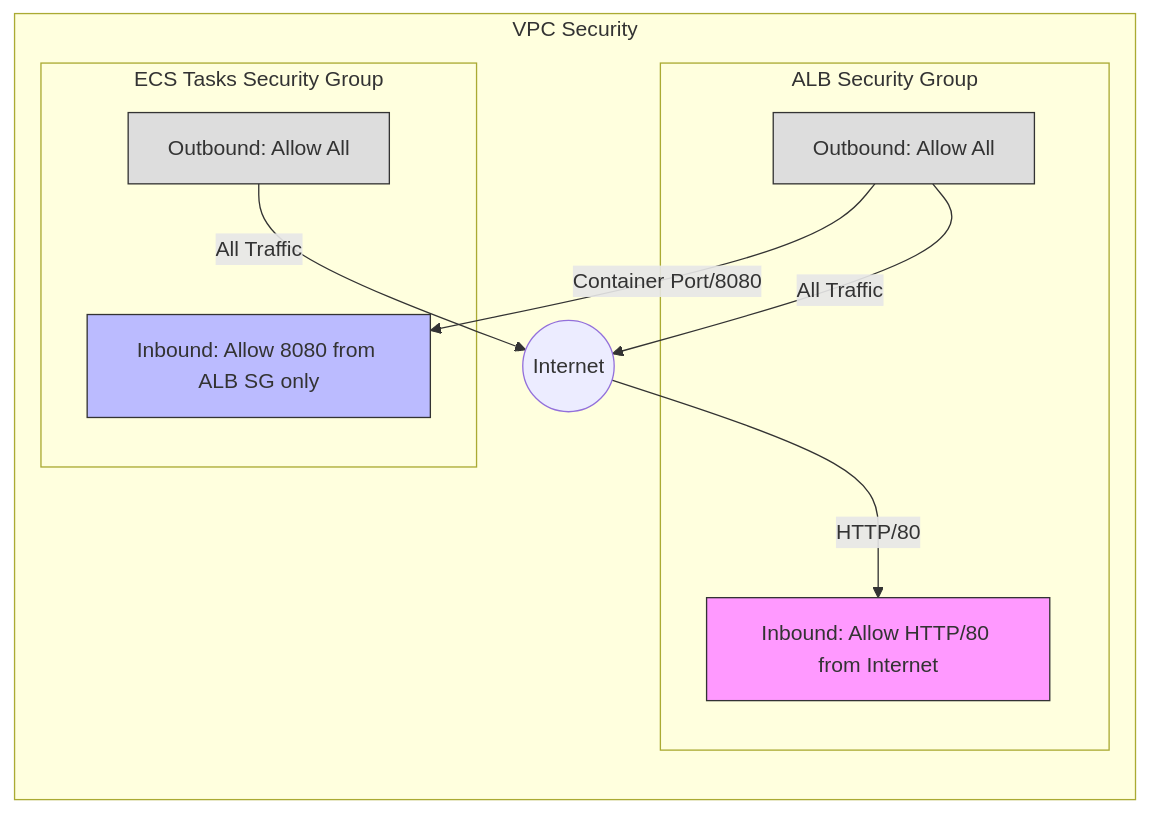
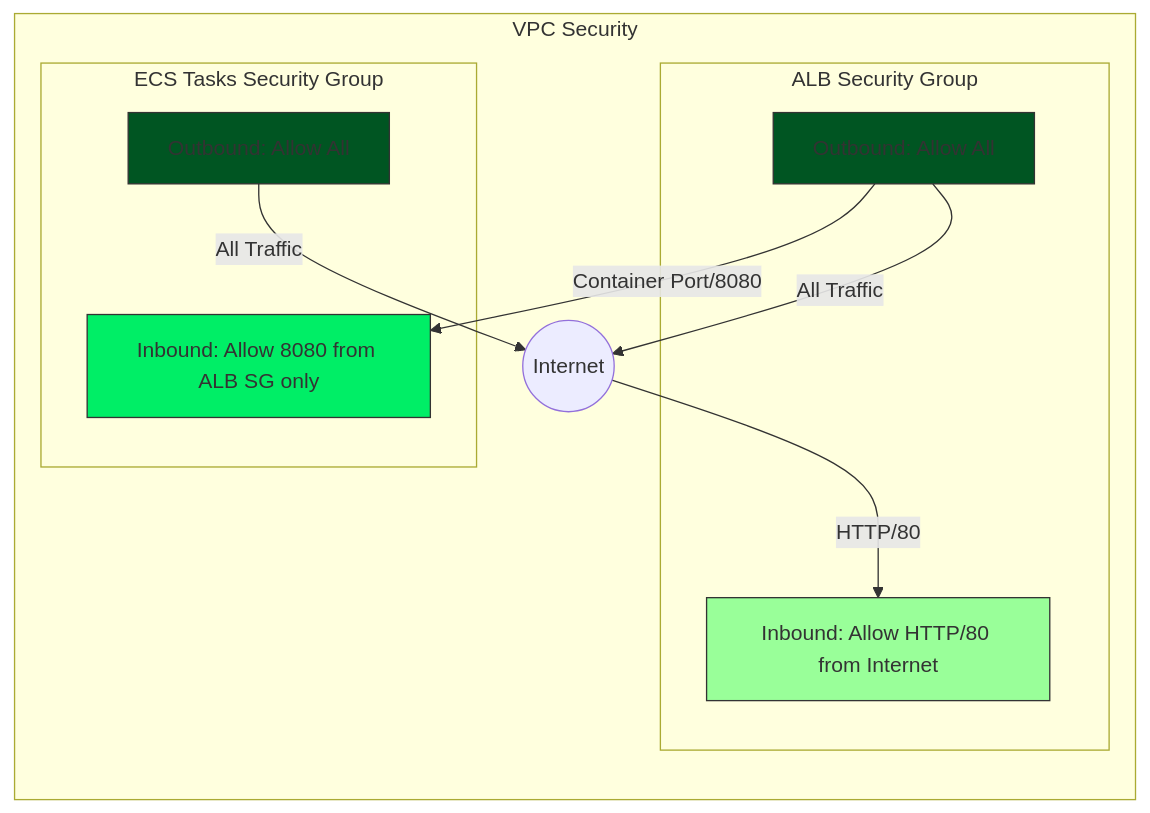
One commit to vvvesss/aws-ecs-asg-alb changed the third of 4 diagrams in README.md. Above: the diagram before and after it, drawn with Mermaid. The commit also changed other lines of this file, not shown here.

Commit message:
better mermaid colors

````diff
--- a/README.md
+++ b/README.md
@@ -101,28 +101,28 @@
 ```mermaid
 flowchart LR
     subgraph "VPC Security"
         direction TB
         
         subgraph "ALB Security Group"
             ALB_IN[Inbound: Allow HTTP/80 from Internet]
             ALB_OUT[Outbound: Allow All]
         end
         
         subgraph "ECS Tasks Security Group"
             ECS_IN[Inbound: Allow 8080 from ALB SG only]
             ECS_OUT[Outbound: Allow All]
         end
         
         Internet((Internet))
         Internet -->|HTTP/80| ALB_IN
         ALB_OUT -->|All Traffic| Internet
         
         ALB_OUT -->|Container Port/8080| ECS_IN
         ECS_OUT -->|All Traffic| Internet
     end
     
-    style ALB_IN fill:#f9f,stroke:#333,stroke-width:1px
-    style ECS_IN fill:#bbf,stroke:#333,stroke-width:1px
-    style ALB_OUT fill:#ddd,stroke:#333,stroke-width:1px
-    style ECS_OUT fill:#ddd,stroke:#333,stroke-width:1px
+    style ALB_IN fill:#9f9,stroke:#333,stroke-width:1px
+    style ECS_IN fill:#0e6,stroke:#333,stroke-width:1px
+    style ALB_OUT fill:#052,stroke:#333,stroke-width:1px
+    style ECS_OUT fill:#052,stroke:#333,stroke-width:1px
 ```
````
